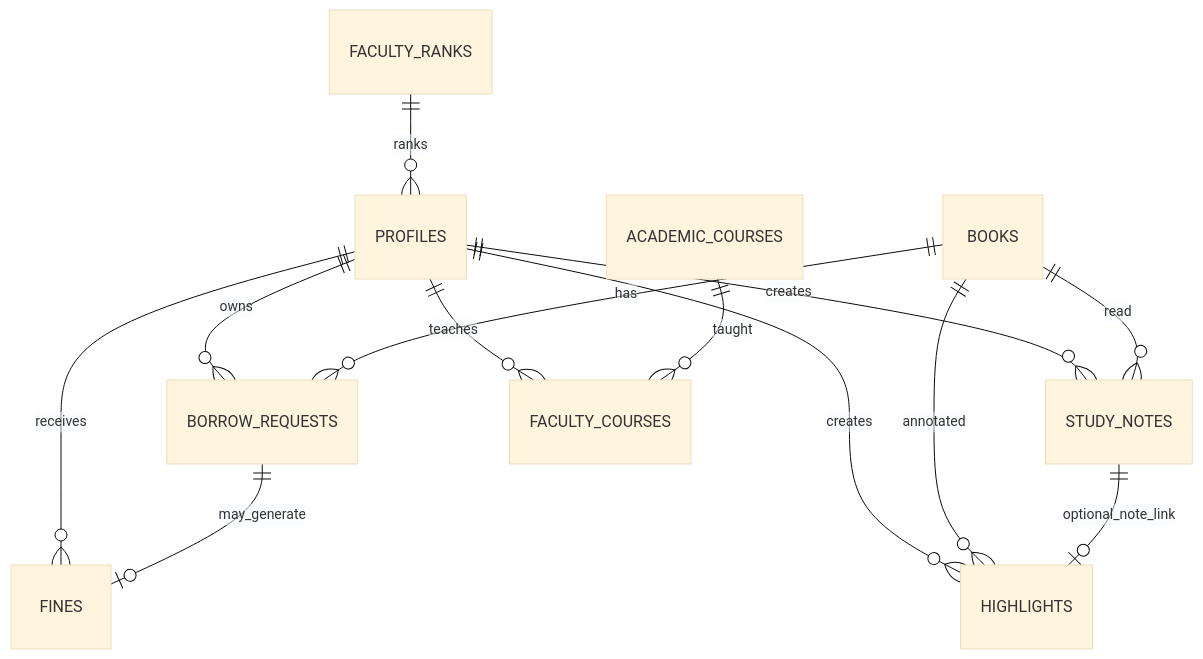
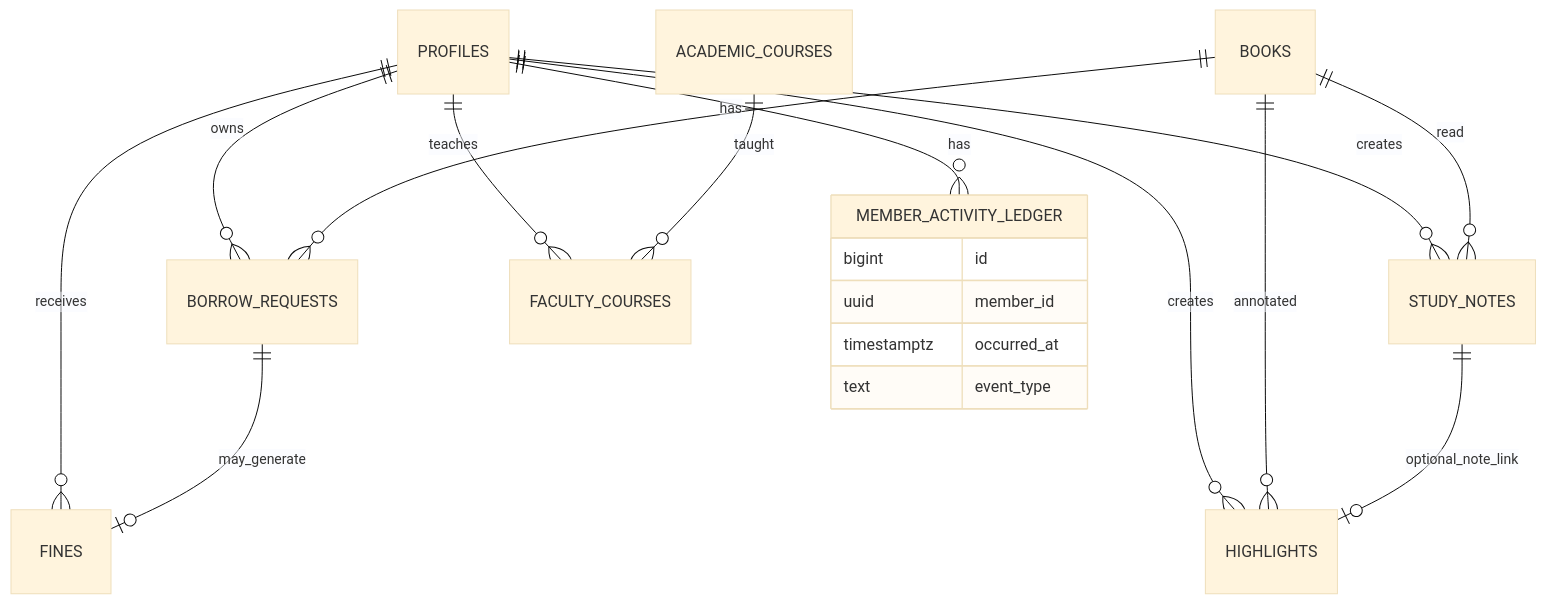
Before and after one commit to hirruaa/Smart_lib: the diagram in SCHEMA.md, drawn with Mermaid (base theme). The commit also changed other lines of this file and 57 other files, not shown here.

````diff
--- a/SCHEMA.md
+++ b/SCHEMA.md
@@ -219,17 +225,24 @@
 ```mermaid
 erDiagram
   PROFILES ||--o{ BORROW_REQUESTS : owns
   PROFILES ||--o{ STUDY_NOTES : creates
   PROFILES ||--o{ HIGHLIGHTS : creates
   PROFILES ||--o{ FINES : receives
   PROFILES ||--o{ FACULTY_COURSES : teaches
-  FACULTY_RANKS ||--o{ PROFILES : ranks
   ACADEMIC_COURSES ||--o{ FACULTY_COURSES : taught
+  PROFILES ||--o{ MEMBER_ACTIVITY_LEDGER : has
 
   BOOKS ||--o{ BORROW_REQUESTS : has
   BOOKS ||--o{ STUDY_NOTES : read
   BOOKS ||--o{ HIGHLIGHTS : annotated
 
   BORROW_REQUESTS ||--o| FINES : may_generate
   STUDY_NOTES ||--o| HIGHLIGHTS : optional_note_link
+
+  MEMBER_ACTIVITY_LEDGER {
+    bigint id
+    uuid member_id
+    timestamptz occurred_at
+    text event_type
+  }
 ```
````
